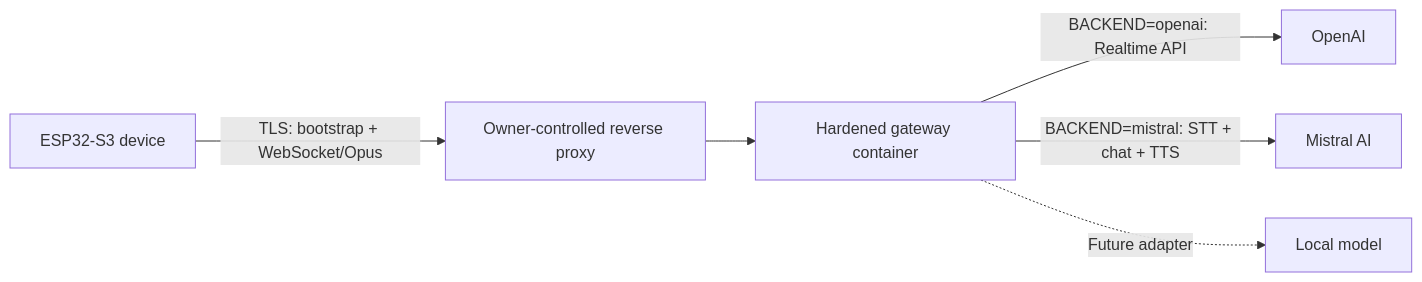
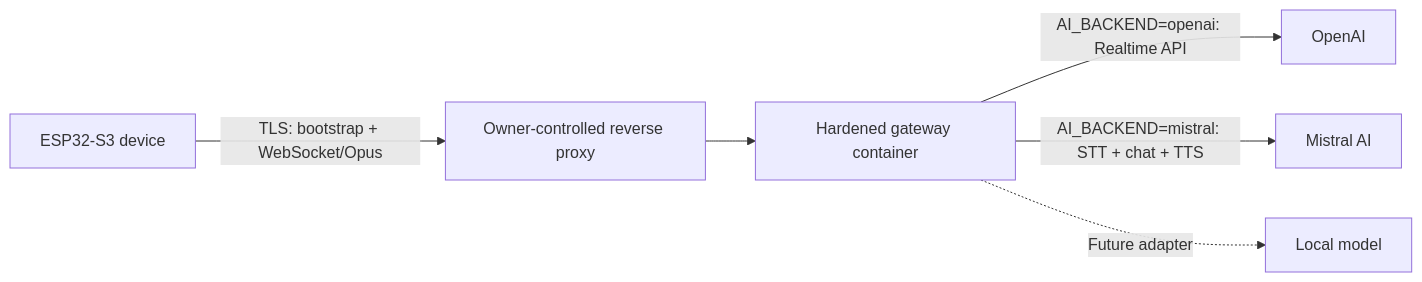
Before and after one commit to rleusden/xiaozhi-sovereign: the diagram in README.md, drawn with Mermaid. The commit also changed other lines of this file and 9 other files, not shown here.

````diff
--- a/README.md
+++ b/README.md
@@ -34,8 +34,8 @@
 ```mermaid
 flowchart LR
     D["ESP32-S3 device"] -->|"TLS: bootstrap + WebSocket/Opus"| R["Owner-controlled reverse proxy"]
     R --> G["Hardened gateway container"]
-    G -->|"BACKEND=openai: Realtime API"| O["OpenAI"]
-    G -->|"BACKEND=mistral: STT + chat + TTS"| M["Mistral AI"]
+    G -->|"AI_BACKEND=openai: Realtime API"| O["OpenAI"]
+    G -->|"AI_BACKEND=mistral: STT + chat + TTS"| M["Mistral AI"]
     G -.->|"Future adapter"| L["Local model"]
 ```
````
